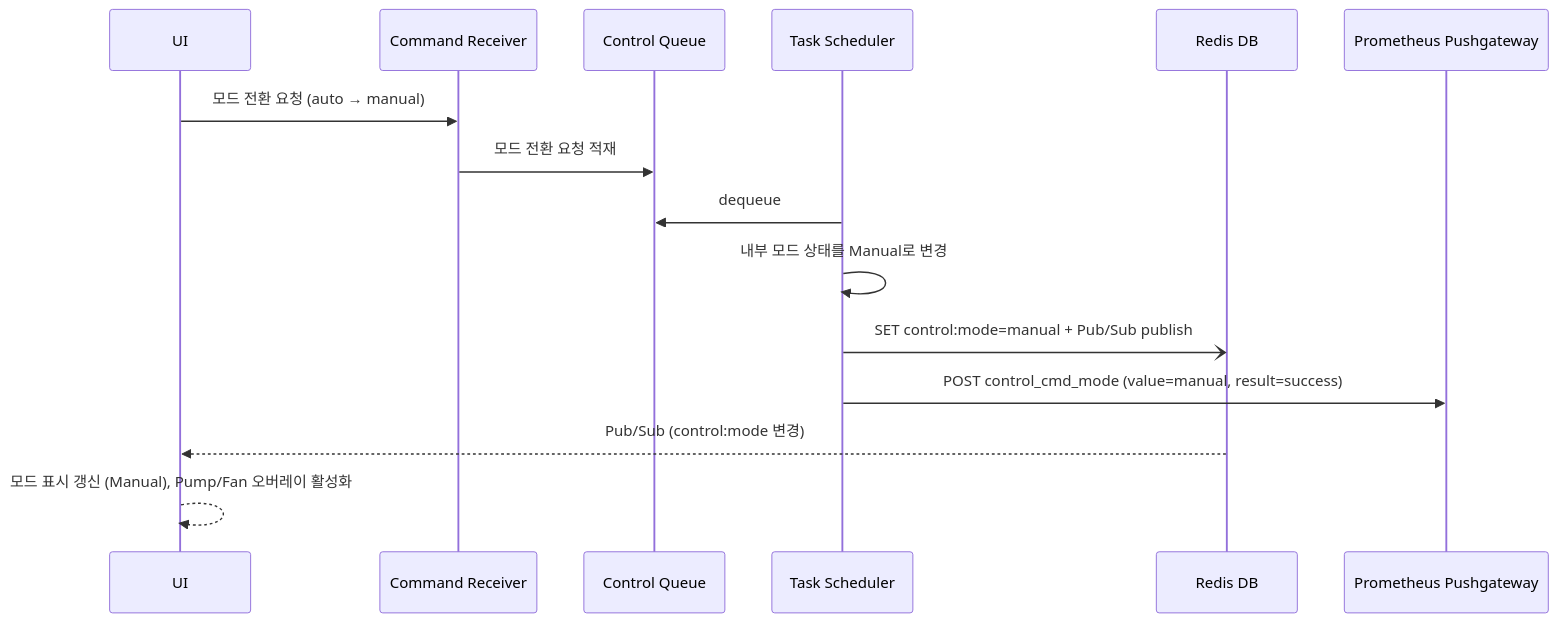
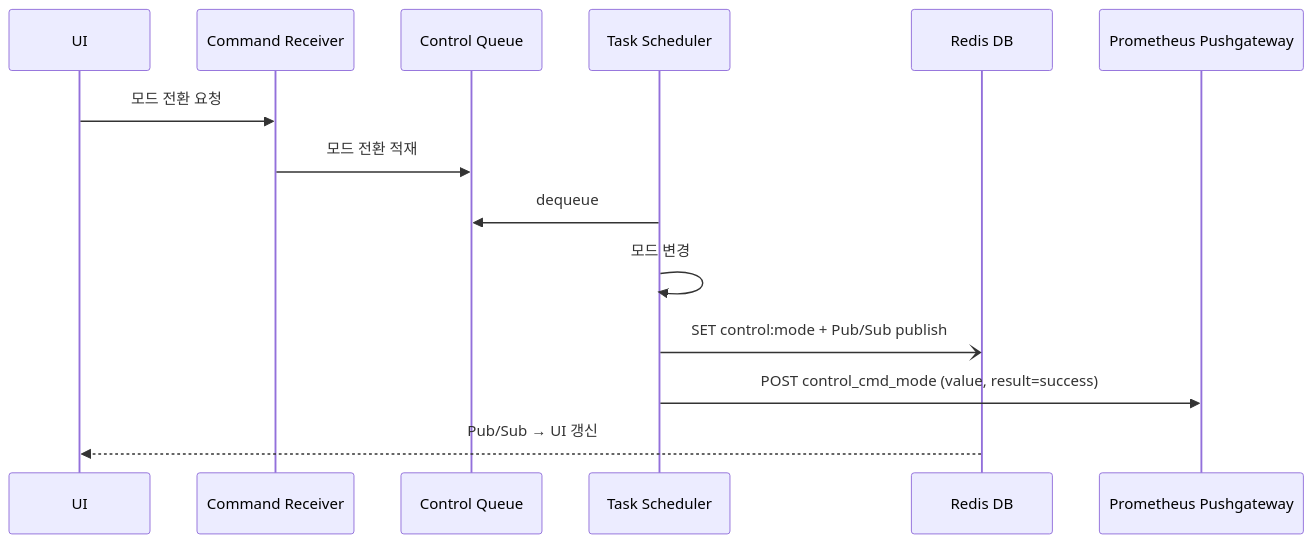
Before and after one commit to DEEPGadget/L2A_CDU_system: the fifth of 5 diagrams in docs/MCG.md, drawn with Mermaid. The commit also changed other lines of this file and 3 other files, not shown here.

````diff
--- a/docs/MCG.md
+++ b/docs/MCG.md
@@ -466,18 +333,17 @@
 ```mermaid
 sequenceDiagram
     participant UI as UI
     participant CR as Command Receiver
     participant CQ as Control Queue
     participant TS as Task Scheduler
     participant Redis as Redis DB
     participant PGW as Prometheus Pushgateway
 
-    UI->>CR: 모드 전환 요청 (auto → manual)
-    CR->>CQ: 모드 전환 요청 적재
+    UI->>CR: 모드 전환 요청
+    CR->>CQ: 모드 전환 적재
     TS->>CQ: dequeue
-    TS->>TS: 내부 모드 상태를 Manual로 변경
-    TS-)Redis: SET control:mode=manual + Pub/Sub publish
-    TS->>PGW: POST control_cmd_mode (value=manual, result=success)
-    Redis-->>UI: Pub/Sub (control:mode 변경)
-    UI-->>UI: 모드 표시 갱신 (Manual), Pump/Fan 오버레이 활성화
+    TS->>TS: 모드 변경
+    TS-)Redis: SET control:mode + Pub/Sub publish
+    TS->>PGW: POST control_cmd_mode (value, result=success)
+    Redis-->>UI: Pub/Sub → UI 갱신
 ```
````
